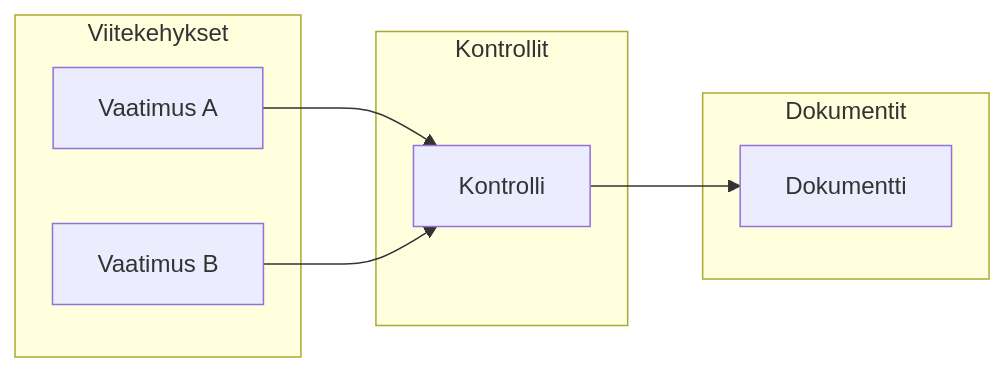
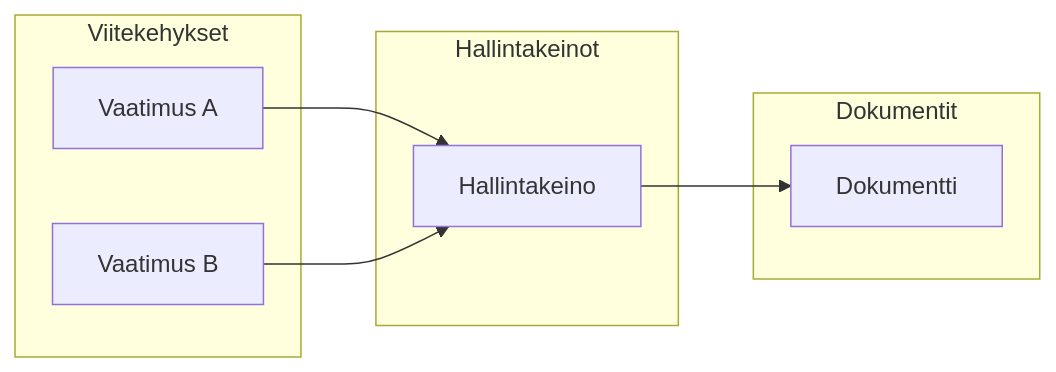
Before and after one commit to tekve/gover-docs: the diagram in i18n/fi/docusaurus-plugin-content-docs/current/user-guide/controls/mapping.md, drawn with Mermaid. The commit also changed other lines of this file and 38 other files, not shown here.

Commit message:
Rename Kontrollit to Hallintakeinot in Finnish

````diff
--- a/i18n/fi/docusaurus-plugin-content-docs/current/user-guide/controls/mapping.md
+++ b/i18n/fi/docusaurus-plugin-content-docs/current/user-guide/controls/mapping.md
@@ -13,16 +13,16 @@
 ```mermaid
 flowchart LR
     subgraph Viitekehykset
         R1[Vaatimus A]
         R2[Vaatimus B]
     end
-    subgraph Kontrollit
-        C[Kontrolli]
+    subgraph Hallintakeinot
+        C[Hallintakeino]
     end
     subgraph Dokumentit
         D[Dokumentti]
     end
     R1 --> C
     R2 --> C
     C --> D
 ```
````
